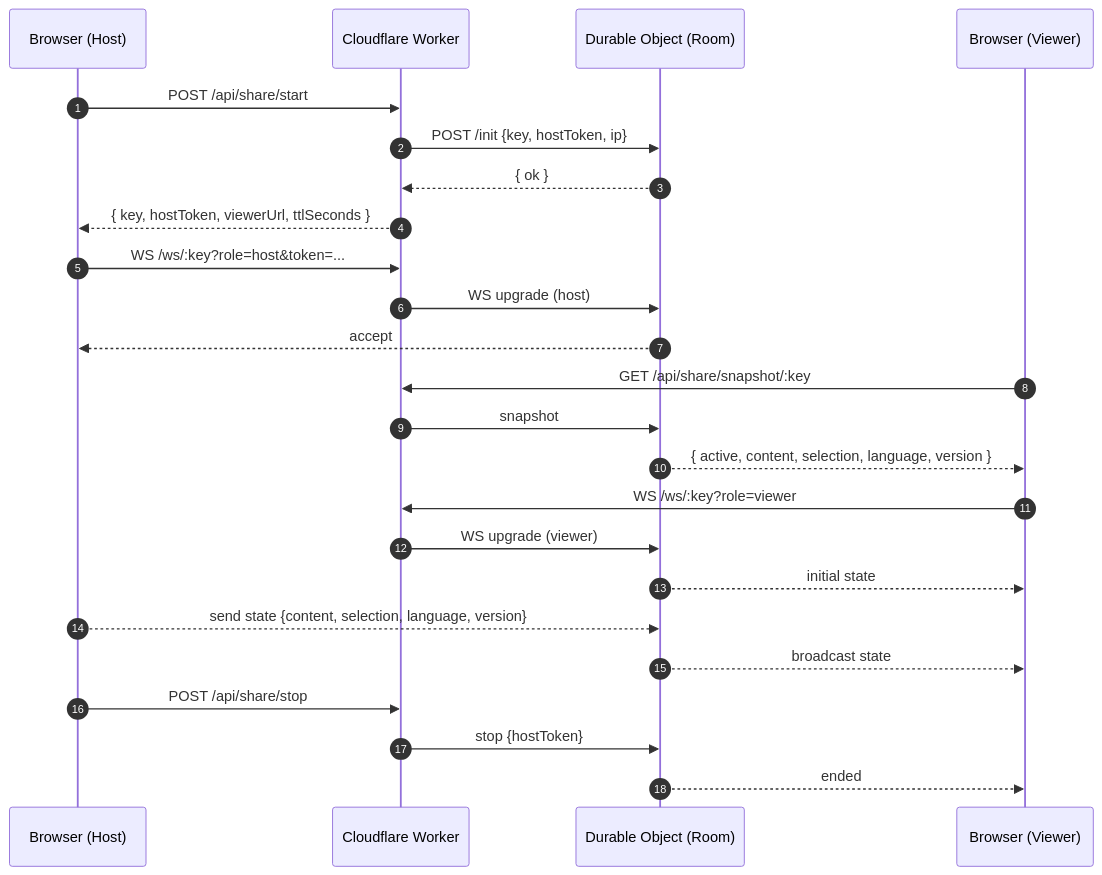
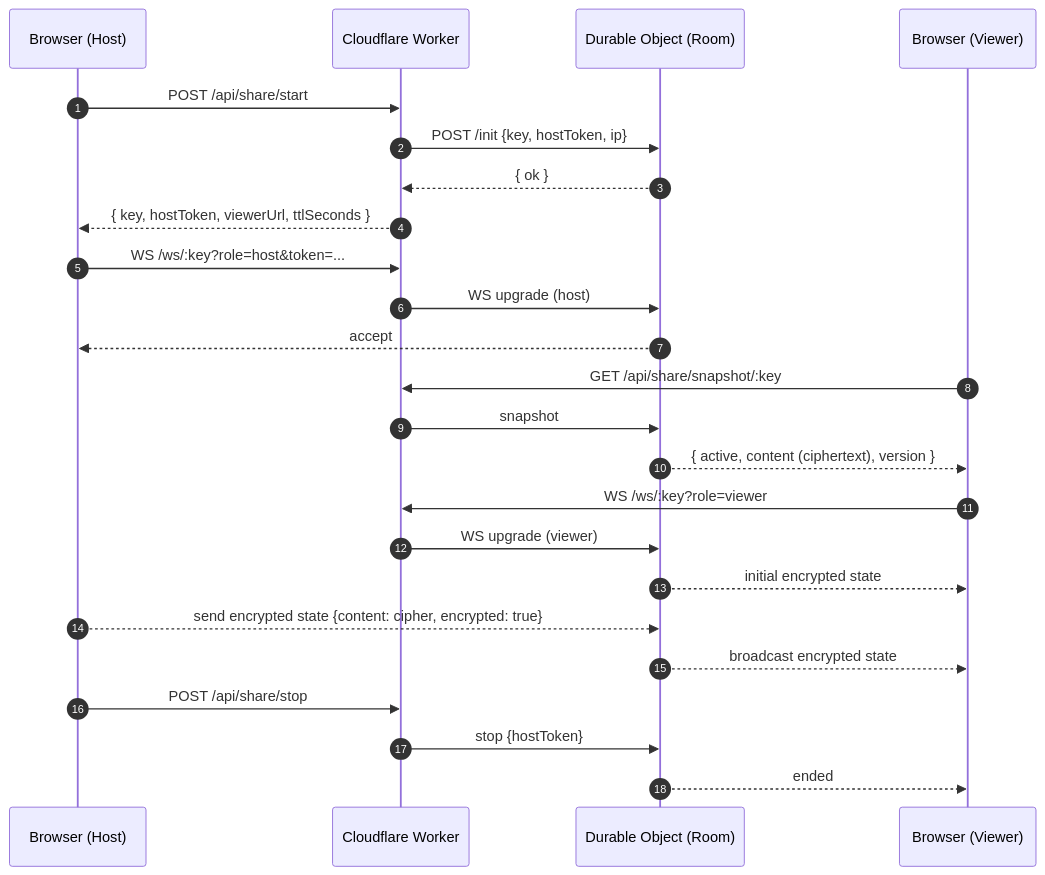
The diagram in README.md (sanjaysingh/editor), drawn with Mermaid before and after one commit. The commit also changed other lines of this file and 4 other files, not shown here.

````diff
--- a/README.md
+++ b/README.md
@@ -52,32 +53,32 @@
 ```mermaid
 sequenceDiagram
 autonumber
 participant Host as Browser (Host)
 participant Worker as Cloudflare Worker
 participant DO as Durable Object (Room)
 participant Viewer as Browser (Viewer)
 
 Host->>Worker: POST /api/share/start
 Worker->>DO: POST /init {key, hostToken, ip}
 DO-->>Worker: { ok }
 Worker-->>Host: { key, hostToken, viewerUrl, ttlSeconds }
 
 Host->>Worker: WS /ws/:key?role=host&token=...
 Worker->>DO: WS upgrade (host)
 DO-->>Host: accept
 
 Viewer->>Worker: GET /api/share/snapshot/:key
 Worker->>DO: snapshot
-DO-->>Viewer: { active, content, selection, language, version }
+DO-->>Viewer: { active, content (ciphertext), version }
 
 Viewer->>Worker: WS /ws/:key?role=viewer
 Worker->>DO: WS upgrade (viewer)
-DO-->>Viewer: initial state
+DO-->>Viewer: initial encrypted state
 
-Host-->>DO: send state {content, selection, language, version}
-DO-->>Viewer: broadcast state
+Host-->>DO: send encrypted state {content: cipher, encrypted: true}
+DO-->>Viewer: broadcast encrypted state
 
 Host->>Worker: POST /api/share/stop
 Worker->>DO: stop {hostToken}
 DO-->>Viewer: ended
 ```
````
